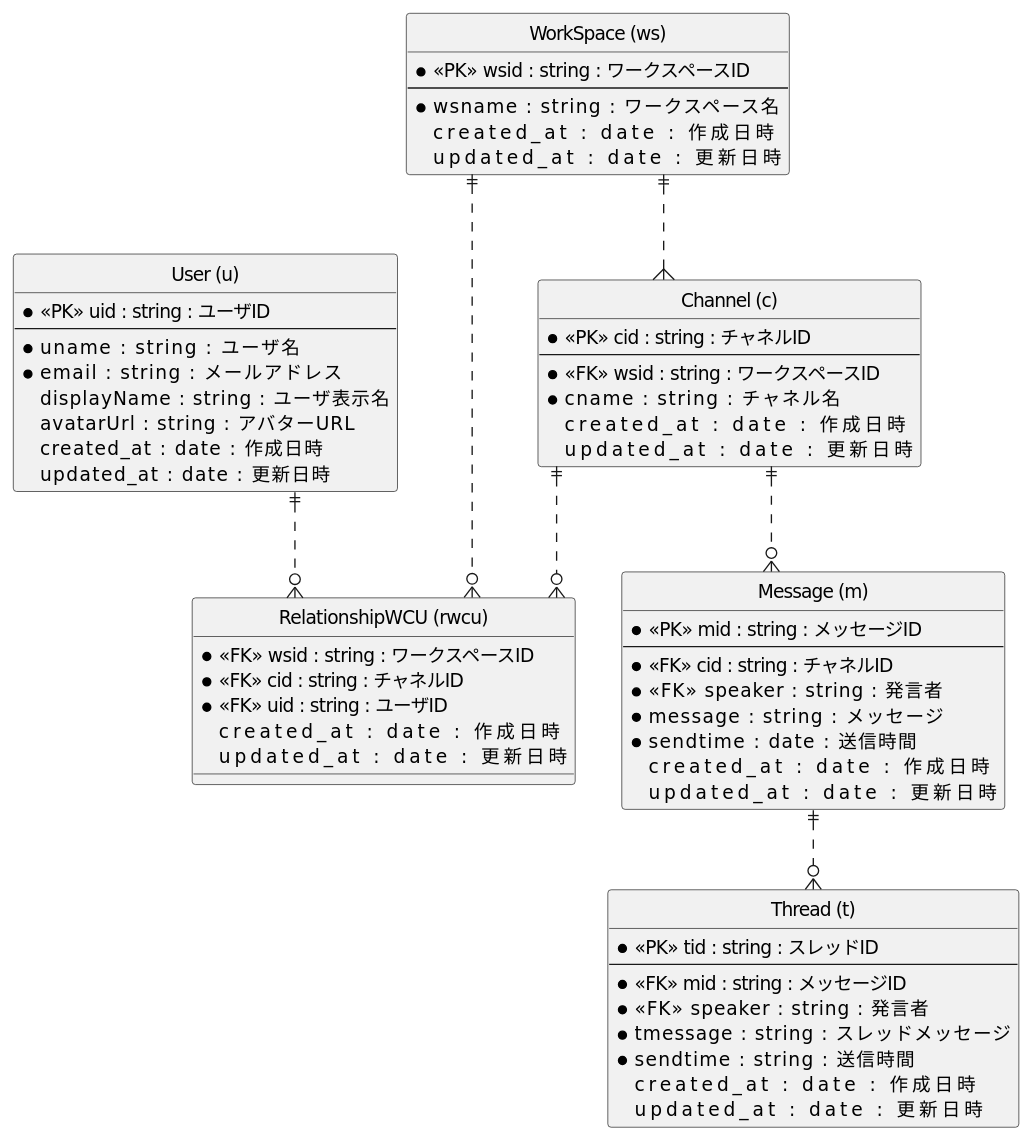
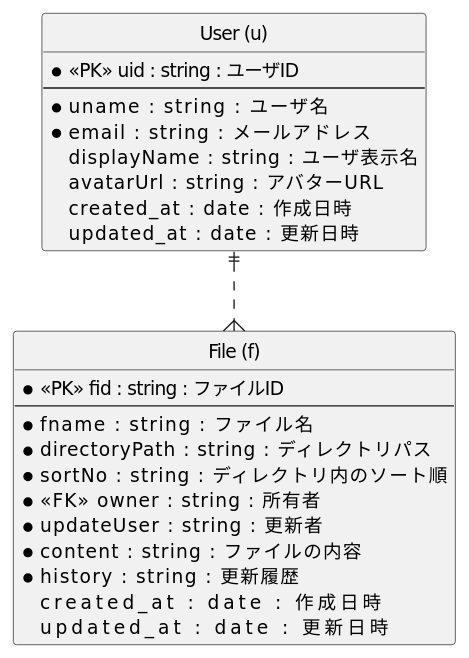
The diagram in 01.データベース設計/DBモデリング3/ER/ERdiagram.pu (SatakeYusuke19920527/PrAhaChallenge), drawn with PlantUML before and after one commit. The commit also changed 9 other files, not shown here.

```diff
--- a/01.データベース設計/DBモデリング3/ER/ERdiagram.pu
+++ b/01.データベース設計/DBモデリング3/ER/ERdiagram.pu
@@ -1,71 +1,32 @@
 @startuml chatapp
  hide circle
  skinparam linetype ortho
 
  entity "User (u)" as u {
      * <<PK>> uid : string : ユーザID
      --
      * uname       : string    : ユーザ名
      * email       : string    : メールアドレス
      displayName       : string    : ユーザ表示名
      avatarUrl       : string    : アバターURL
      created_at      : date      : 作成日時
      updated_at      : date      : 更新日時
  }
  
- entity "WorkSpace (ws)" as ws {
-     * <<PK>> wsid : string : ワークスペースID
+ entity "File (f)" as f {
+     * <<PK>> fid : string : ファイルID
      --
-     * wsname       : string    : ワークスペース名
+     * fname       : string    : ファイル名
+     * directoryPath       : string    : ディレクトリパス
+     * sortNo       : string    : ディレクトリ内のソート順
+     * <<FK>> owner       : string    : 所有者
+     * updateUser       : string    : 更新者
+     * content       : string    : ファイルの内容
+     * history       : string    : 更新履歴
      created_at                  : date      : 作成日時
      updated_at                  : date      : 更新日時
  }
 
-entity "Channel (c)" as c {
-     * <<PK>> cid : string : チャネルID
-     --
-     * <<FK>> wsid : string : ワークスペースID
-     * cname       : string    : チャネル名
-     created_at                  : date      : 作成日時
-     updated_at                  : date      : 更新日時
- }
-
-entity "Message (m)" as m {
-     * <<PK>> mid : string : メッセージID
-     --
-     * <<FK>> cid : string : チャネルID
-     * <<FK>> speaker       : string    : 発言者
-     * message       : string    : メッセージ
-     * sendtime       : date    : 送信時間
-     created_at                  : date      : 作成日時
-     updated_at                  : date      : 更新日時
- }
-
-entity "Thread (t)" as t {
-     * <<PK>> tid : string : スレッドID
-     --
-     * <<FK>> mid : string : メッセージID
-     * <<FK>> speaker       : string    : 発言者
-     * tmessage       : string    : スレッドメッセージ
-     * sendtime       : string    : 送信時間
-     created_at                  : date      : 作成日時
-     updated_at                  : date      : 更新日時
- }
-
-entity "RelationshipWCU (rwcu)" as rwcu {
-     * <<FK>> wsid : string : ワークスペースID
-     * <<FK>> cid : string : チャネルID
-     * <<FK>> uid : string : ユーザID
-     created_at                  : date      : 作成日時
-     updated_at                  : date      : 更新日時
- }
-
- ws ||..{ c
- c ||..o{ m
- m ||..o{ t
- ws ||..o{ rwcu
- c ||..o{ rwcu
- u ||..o{ rwcu
- 
+ u ||..{ f
 
  @enduml
```
